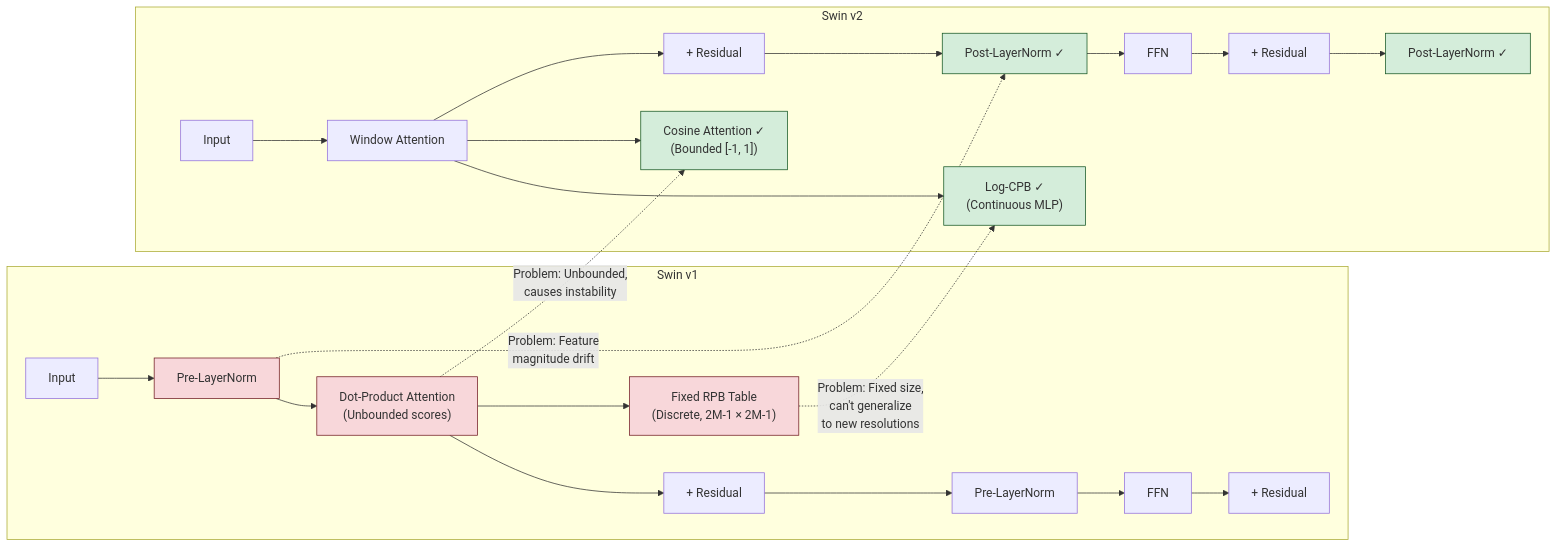
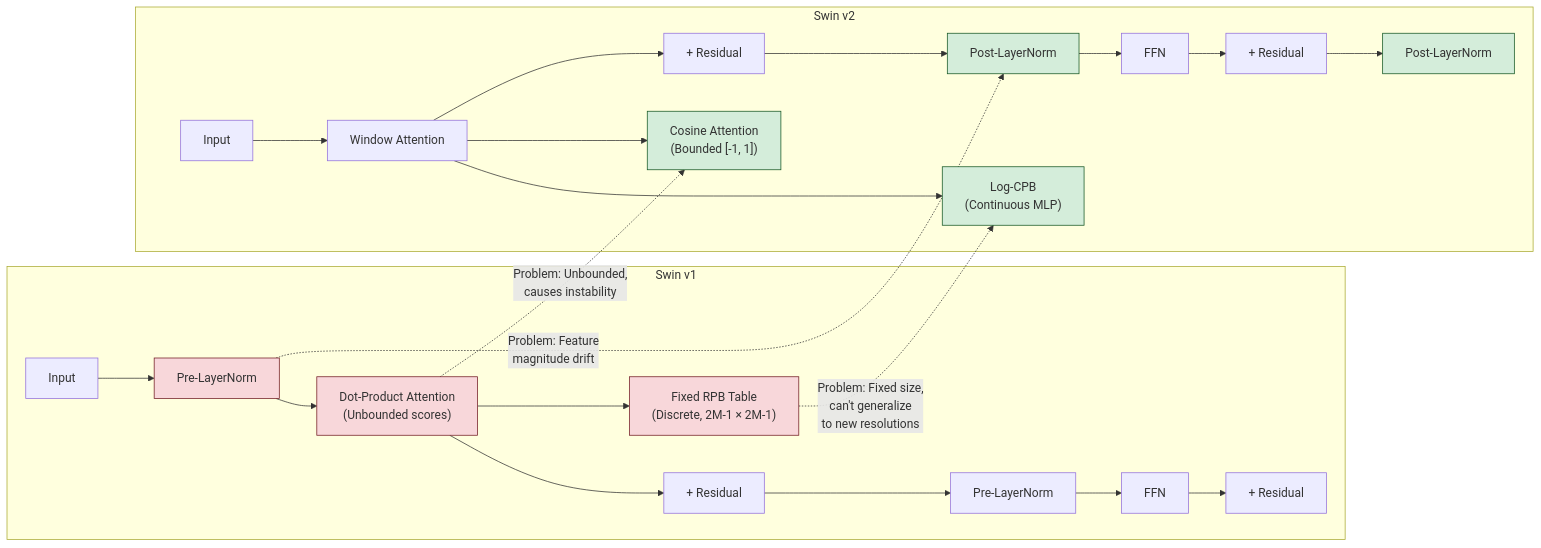
Before and after one commit to Vtheonly/Obsidian_Notes: the diagram in AI/Projects/TAMER Project/TAMER 2/Chapter 4 - Swin Transformer v2/3. Swin Transformer v2 Improvements.md, drawn with Mermaid. The commit also changed 148 other files, not shown here.

````diff
--- a/AI/Projects/TAMER Project/TAMER 2/Chapter 4 - Swin Transformer v2/3. Swin Transformer v2 Improvements.md
+++ b/AI/Projects/TAMER Project/TAMER 2/Chapter 4 - Swin Transformer v2/3. Swin Transformer v2 Improvements.md
@@ -298,37 +298,37 @@
 ```mermaid
 flowchart LR
     subgraph SwinV1 ["Swin v1"]
         V1Input["Input"] --> V1PreNorm1["Pre-LayerNorm"]
         V1PreNorm1 --> V1DotAttn["Dot-Product Attention<br/>(Unbounded scores)"]
         V1DotAttn --> V1ResAdd1["+ Residual"]
         V1ResAdd1 --> V1PreNorm2["Pre-LayerNorm"]
         V1PreNorm2 --> V1FFN1["FFN"]
         V1FFN1 --> V1ResAdd2["+ Residual"]
 
         V1DotAttn --> V1RPB["Fixed RPB Table<br/>(Discrete, 2M-1 × 2M-1)"]
     end
 
     subgraph SwinV2 ["Swin v2"]
         V2Input["Input"] --> V2Attn2["Window Attention"]
         V2Attn2 --> V2ResAdd1["+ Residual"]
-        V2ResAdd1 --> V2PostNorm1["Post-LayerNorm ✓"]
+        V2ResAdd1 --> V2PostNorm1["Post-LayerNorm "]
         V2PostNorm1 --> V2FFN2["FFN"]
         V2FFN2 --> V2ResAdd2["+ Residual"]
-        V2ResAdd2 --> V2PostNorm2["Post-LayerNorm ✓"]
+        V2ResAdd2 --> V2PostNorm2["Post-LayerNorm "]
 
-        V2Attn2 --> V2CosAttn["Cosine Attention ✓<br/>(Bounded [-1, 1])"]
-        V2Attn2 --> V2LogCPB["Log-CPB ✓<br/>(Continuous MLP)"]
+        V2Attn2 --> V2CosAttn["Cosine Attention <br/>(Bounded [-1, 1])"]
+        V2Attn2 --> V2LogCPB["Log-CPB <br/>(Continuous MLP)"]
     end
 
     V1RPB -.->|"Problem: Fixed size,<br/>can't generalize<br/>to new resolutions"| V2LogCPB
     V1DotAttn -.->|"Problem: Unbounded,<br/>causes instability"| V2CosAttn
     V1PreNorm1 -.->|"Problem: Feature<br/>magnitude drift"| V2PostNorm1
 
     style V1RPB fill:#f8d7da,stroke:#721c24
     style V1DotAttn fill:#f8d7da,stroke:#721c24
     style V1PreNorm1 fill:#f8d7da,stroke:#721c24
     style V2CosAttn fill:#d4edda,stroke:#155724
     style V2LogCPB fill:#d4edda,stroke:#155724
     style V2PostNorm1 fill:#d4edda,stroke:#155724
     style V2PostNorm2 fill:#d4edda,stroke:#155724
 ```
````
